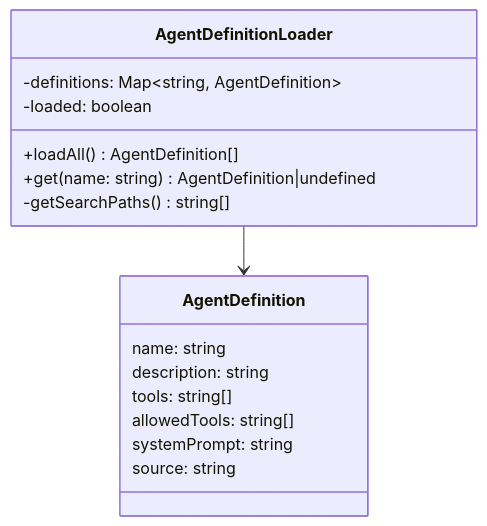
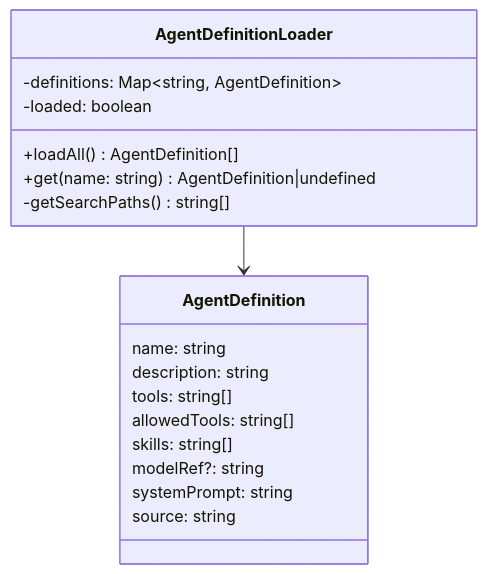
The tenth of 14 diagrams in docs/internal_design.md (t2k2pp/lllmAgents), drawn with Mermaid before and after one commit. The commit also changed other lines of this file and 11 other files, not shown here.

````diff
--- a/docs/internal_design.md
+++ b/docs/internal_design.md
@@ -538,21 +538,23 @@
 ```mermaid
 classDiagram
     class AgentDefinitionLoader {
         -definitions: Map~string, AgentDefinition~
         -loaded: boolean
         +loadAll() AgentDefinition[]
         +get(name: string) AgentDefinition|undefined
         -getSearchPaths() string[]
     }
 
     class AgentDefinition {
         name: string
         description: string
         tools: string[]
         allowedTools: string[]
+        skills: string[]
+        modelRef?: string
         systemPrompt: string
         source: string
     }
 
     AgentDefinitionLoader --> AgentDefinition
 ```
````
